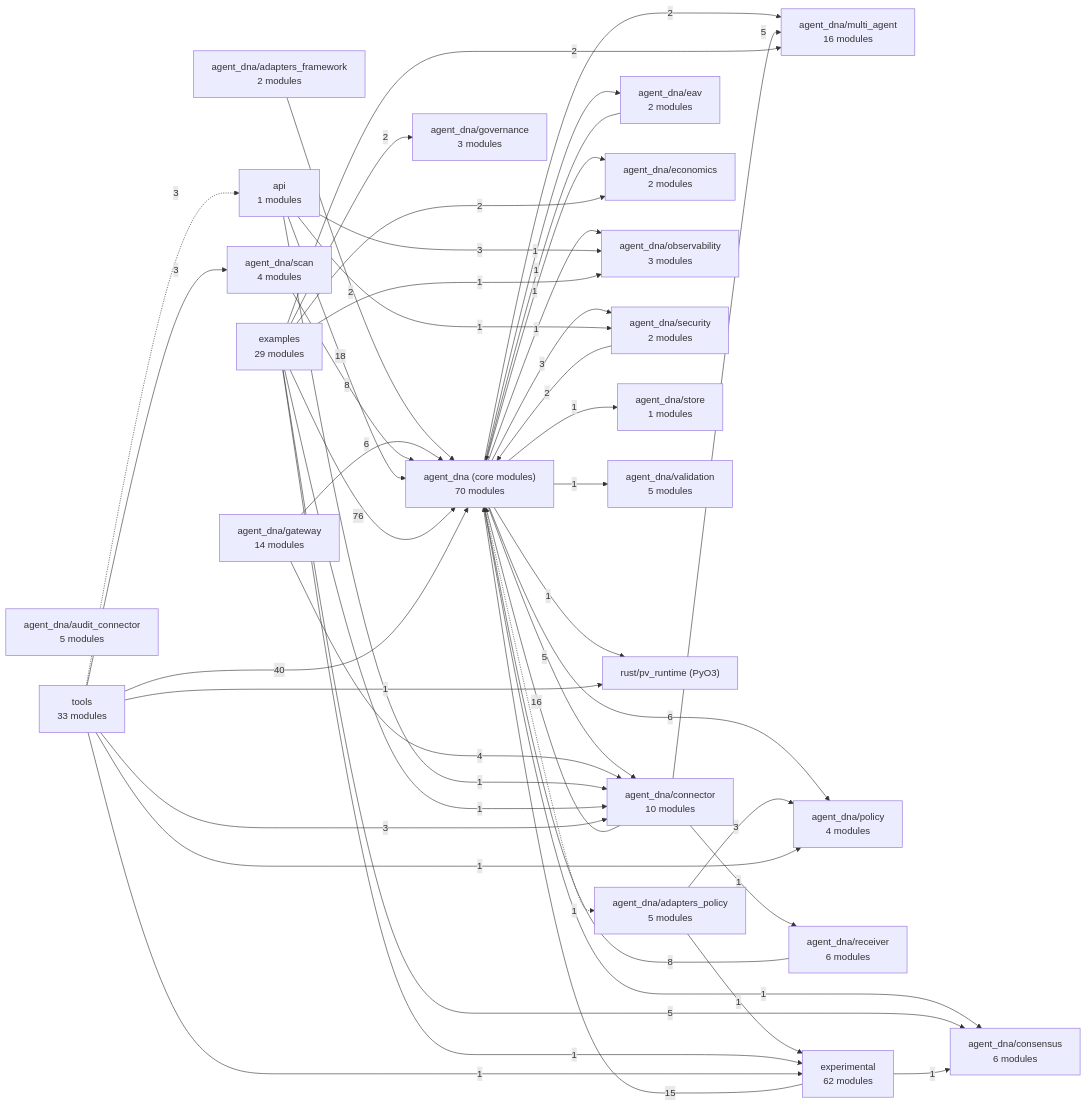
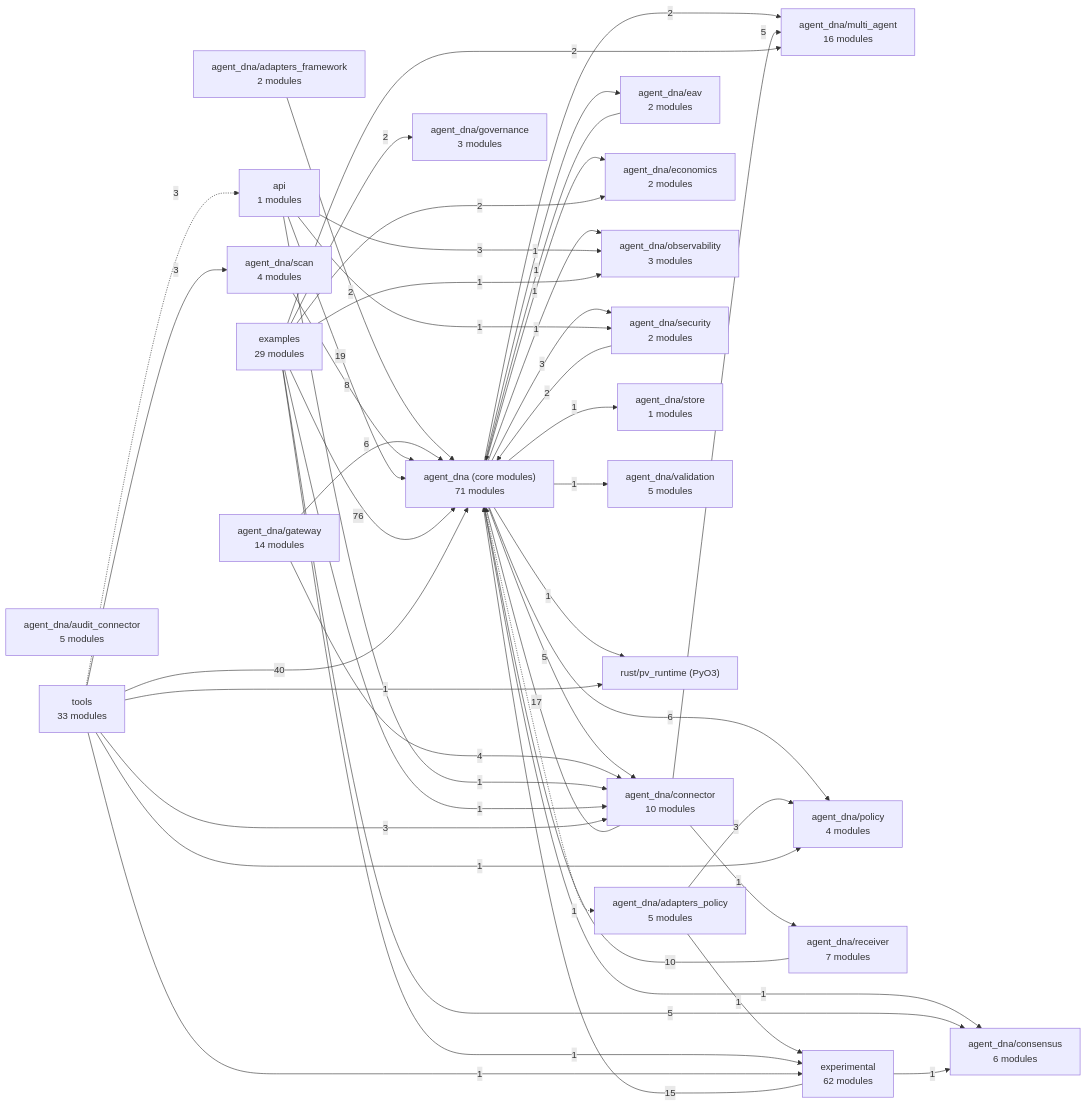
One commit to LOLA0786/privatevault-agent-dna changed the diagram in docs/architecture/MAP.md. Above: the diagram before and after it, drawn with Mermaid. The commit also changed other lines of this file and 27 other files, not shown here.

````diff
--- a/docs/architecture/MAP.md
+++ b/docs/architecture/MAP.md
@@ -7,71 +7,71 @@
 ```mermaid
 flowchart LR
-  n0["agent_dna (core modules)<br/>70 modules"]
+  n0["agent_dna (core modules)<br/>71 modules"]
   n1["agent_dna/adapters_framework<br/>2 modules"]
   n2["agent_dna/adapters_policy<br/>5 modules"]
   n3["agent_dna/audit_connector<br/>5 modules"]
   n4["agent_dna/connector<br/>10 modules"]
   n5["agent_dna/consensus<br/>6 modules"]
   n6["agent_dna/eav<br/>2 modules"]
   n7["agent_dna/economics<br/>2 modules"]
   n8["agent_dna/gateway<br/>14 modules"]
   n9["agent_dna/governance<br/>3 modules"]
   n10["agent_dna/multi_agent<br/>16 modules"]
   n11["agent_dna/observability<br/>3 modules"]
   n12["agent_dna/policy<br/>4 modules"]
-  n13["agent_dna/receiver<br/>6 modules"]
+  n13["agent_dna/receiver<br/>7 modules"]
   n14["agent_dna/scan<br/>4 modules"]
   n15["agent_dna/security<br/>2 modules"]
   n16["agent_dna/store<br/>1 modules"]
   n17["agent_dna/validation<br/>5 modules"]
   n18["api<br/>1 modules"]
   n19["examples<br/>29 modules"]
   n20["experimental<br/>62 modules"]
   n21["rust/pv_runtime (PyO3)"]
   n22["tools<br/>33 modules"]
   n0 -.->|1| n2
   n0 -->|5| n4
   n0 -->|1| n5
   n0 -->|1| n6
   n0 -->|1| n7
   n0 -->|2| n10
   n0 -->|1| n11
   n0 -->|6| n12
   n0 -->|3| n15
   n0 -->|1| n16
   n0 -->|1| n17
   n0 -->|1| n21
   n1 -->|2| n0
   n2 -->|3| n12
   n2 -->|1| n20
-  n4 -->|16| n0
+  n4 -->|17| n0
   n4 -->|5| n10
   n4 -->|1| n13
   n6 -->|1| n0
   n8 -->|6| n0
   n8 -->|4| n4
-  n13 -->|8| n0
+  n13 -->|10| n0
   n14 -->|8| n0
   n15 -->|2| n0
-  n18 -->|18| n0
+  n18 -->|19| n0
   n18 -->|1| n4
   n18 -->|3| n11
   n18 -->|1| n15
   n19 -->|76| n0
   n19 -->|1| n4
   n19 -->|5| n5
   n19 -->|2| n7
   n19 -->|2| n9
   n19 -->|2| n10
   n19 -->|1| n11
   n19 -->|1| n20
   n20 -->|15| n0
   n20 -->|1| n5
   n22 -->|40| n0
   n22 -->|3| n4
   n22 -->|1| n12
   n22 -->|3| n14
   n22 -.->|3| n18
   n22 -->|1| n20
   n22 -->|1| n21
 ```
````
